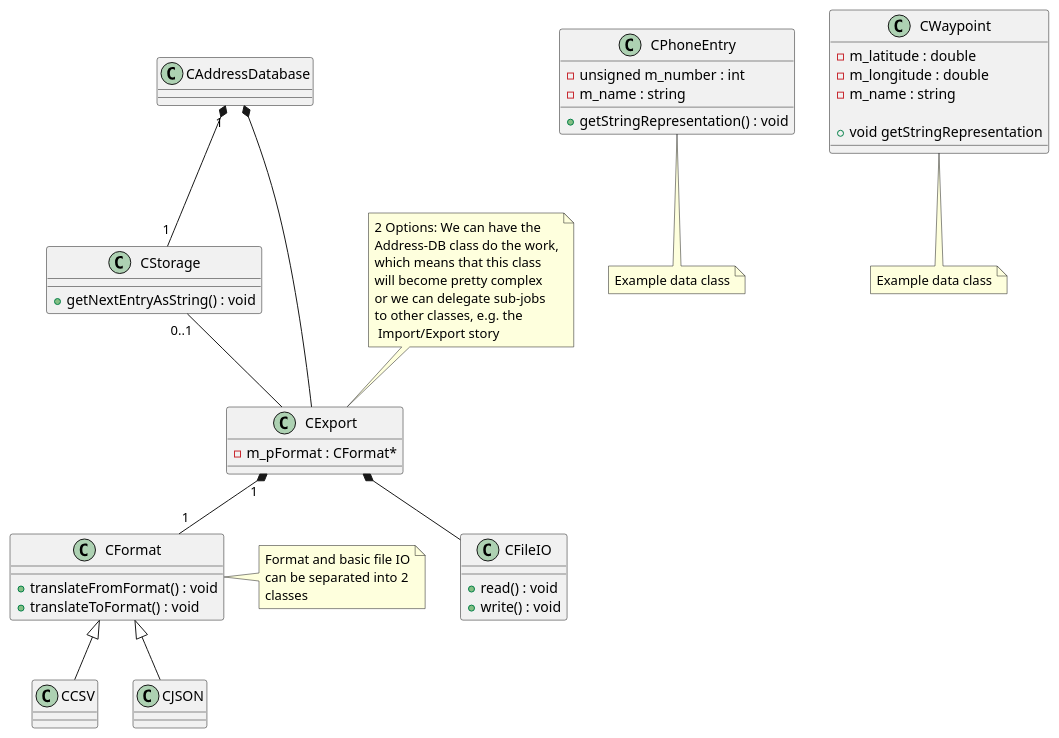
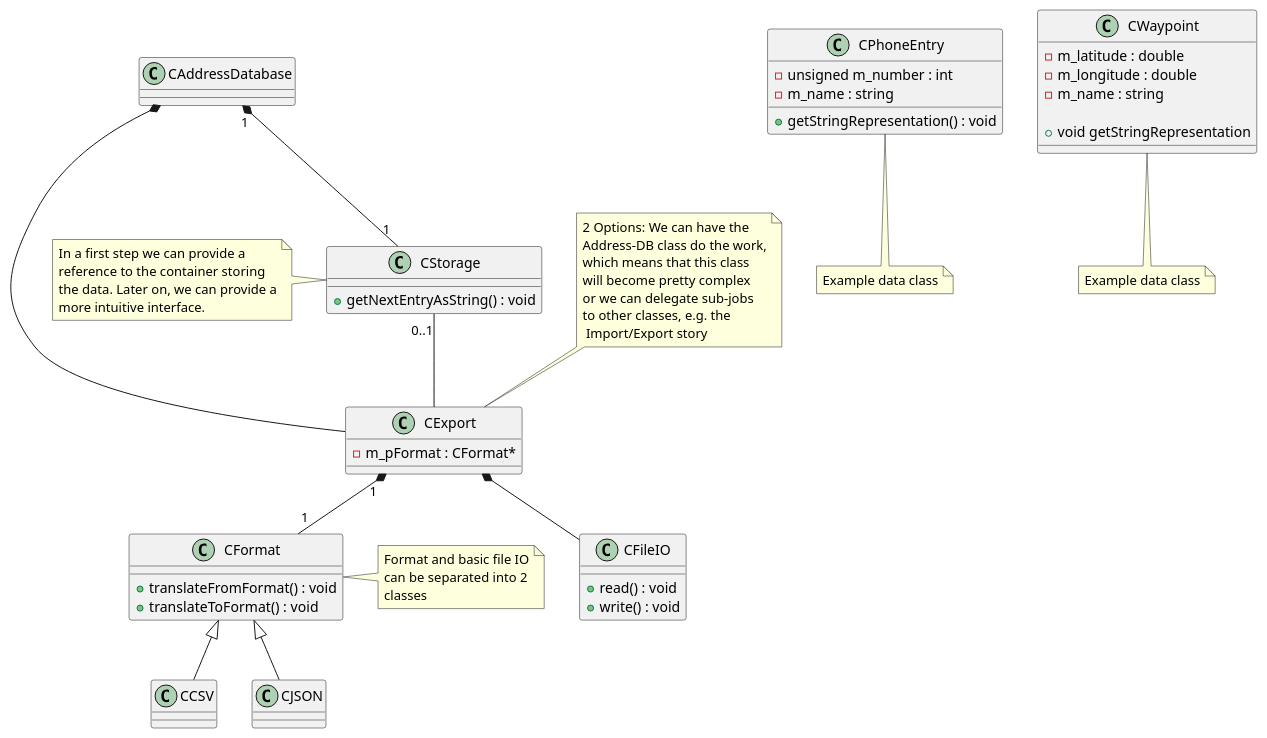
Diagram 40 of 46 in UML diagrams.md (Alexander-Wilms/Advanced-Programming-Techniques), drawn with PlantUML before and after one commit. The commit also changed other lines of this file and 171 other files, not shown here.

````diff
--- a/UML diagrams.md
+++ b/UML diagrams.md
@@ -1759,50 +2264,50 @@
 ```plantuml
 @startuml
 class CStorage {
  	+ getNextEntryAsString() : void 
 }
 class CCSV
 class CJSON
 class CFileIO {
  	+ read() : void
  	+ write() : void
 }
 class CFormat {
  	+ translateFromFormat() : void
  	+ translateToFormat() : void
 }
 class CExport {
  	- m_pFormat : CFormat* 
 }
 class CPhoneEntry {
  	- unsigned m_number : int
  	- m_name : string
 
  	+ getStringRepresentation() : void
 }
 class CWaypoint {
  	- m_latitude : double
  	- m_longitude : double
  	- m_name : string
 
  	+ void getStringRepresentation
 }
 
 CExport "1"*--"1" CFormat
 CExport *-- CFileIO
 CAddressDatabase "1"*--"1" CStorage
 CAddressDatabase *-- CExport
 CStorage "0..1"-- CExport
 CFormat <|-- CCSV
 CFormat <|-- CJSON
 
 note top of CExport: 2 Options: We can have the\nAddress-DB class do the work,\nwhich means that this class\nwill become pretty complex\nor we can delegate sub-jobs\nto other classes, e.g. the\n Import/Export story
 note right of CFormat: Format and basic file IO\ncan be separated into 2\nclasses
 
 note bottom of CPhoneEntry: Example data class
 
 note bottom of CWaypoint: Example data class
-@enduml
 
 note left of CStorage: In a first step we can provide a\nreference to the container storing\nthe data. Later on, we can provide a\nmore intuitive interface.
+@enduml
 ```
````
